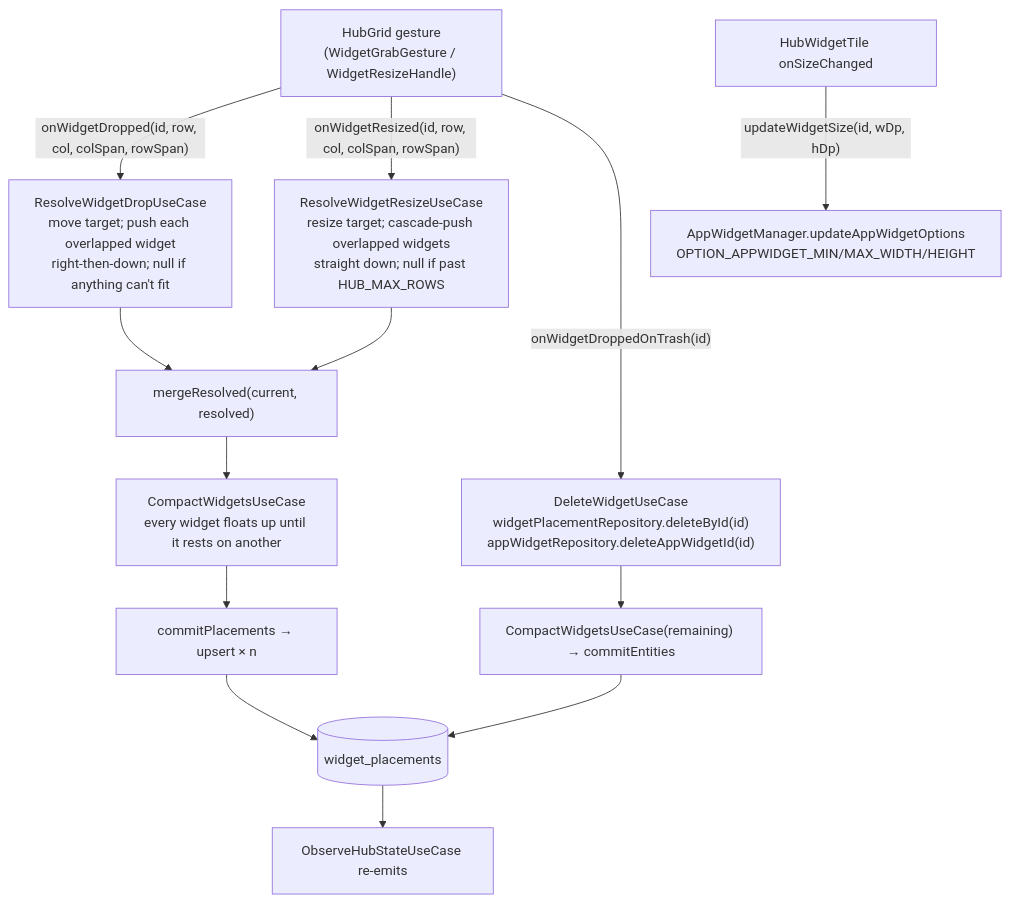
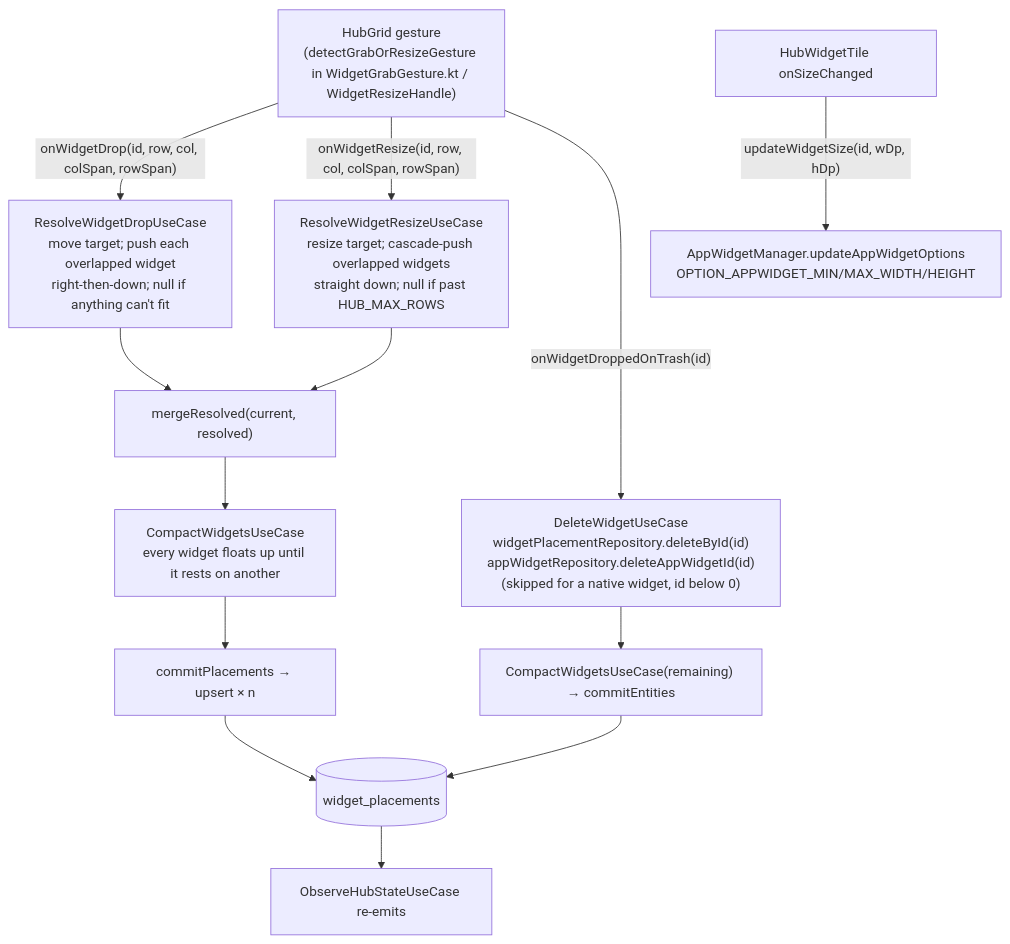
The third of 4 diagrams in docs/architecture/10-flow-hub-widgets.md (rohitganjam/facet-launcher), drawn with Mermaid before and after one commit. The commit also changed other lines of this file and 38 other files, not shown here.

````diff
--- a/docs/architecture/10-flow-hub-widgets.md
+++ b/docs/architecture/10-flow-hub-widgets.md
@@ -104,16 +104,16 @@
 ```mermaid
 flowchart TB
-    G["HubGrid gesture\n(WidgetGrabGesture / WidgetResizeHandle)"]
-    G -- "onWidgetDropped(id, row, col, colSpan, rowSpan)" --> RD["ResolveWidgetDropUseCase\nmove target; push each overlapped widget\nright-then-down; null if anything can't fit"]
-    G -- "onWidgetResized(id, row, col, colSpan, rowSpan)" --> RR["ResolveWidgetResizeUseCase\nresize target; cascade-push overlapped widgets\nstraight down; null if past HUB_MAX_ROWS"]
-    G -- "onWidgetDroppedOnTrash(id)" --> DEL["DeleteWidgetUseCase\nwidgetPlacementRepository.deleteById(id)\nappWidgetRepository.deleteAppWidgetId(id)"]
+    G["HubGrid gesture\n(detectGrabOrResizeGesture in WidgetGrabGesture.kt / WidgetResizeHandle)"]
+    G -- "onWidgetDrop(id, row, col, colSpan, rowSpan)" --> RD["ResolveWidgetDropUseCase\nmove target; push each overlapped widget\nright-then-down; null if anything can't fit"]
+    G -- "onWidgetResize(id, row, col, colSpan, rowSpan)" --> RR["ResolveWidgetResizeUseCase\nresize target; cascade-push overlapped widgets\nstraight down; null if past HUB_MAX_ROWS"]
+    G -- "onWidgetDroppedOnTrash(id)" --> DEL["DeleteWidgetUseCase\nwidgetPlacementRepository.deleteById(id)\nappWidgetRepository.deleteAppWidgetId(id)\n(skipped for a native widget, id below 0)"]
     RD --> M["mergeResolved(current, resolved)"]
     RR --> M
     M --> C["CompactWidgetsUseCase\nevery widget floats up until it rests on another"]
     C --> COMMIT["commitPlacements → upsert × n"]
     DEL --> C2["CompactWidgetsUseCase(remaining) → commitEntities"]
     COMMIT --> ROOM[(widget_placements)]
     C2 --> ROOM
     ROOM --> UC["ObserveHubStateUseCase re-emits"]
     TILE["HubWidgetTile onSizeChanged"] -- "updateWidgetSize(id, wDp, hDp)" --> OPT["AppWidgetManager.updateAppWidgetOptions\nOPTION_APPWIDGET_MIN/MAX_WIDTH/HEIGHT"]
 ```
````
